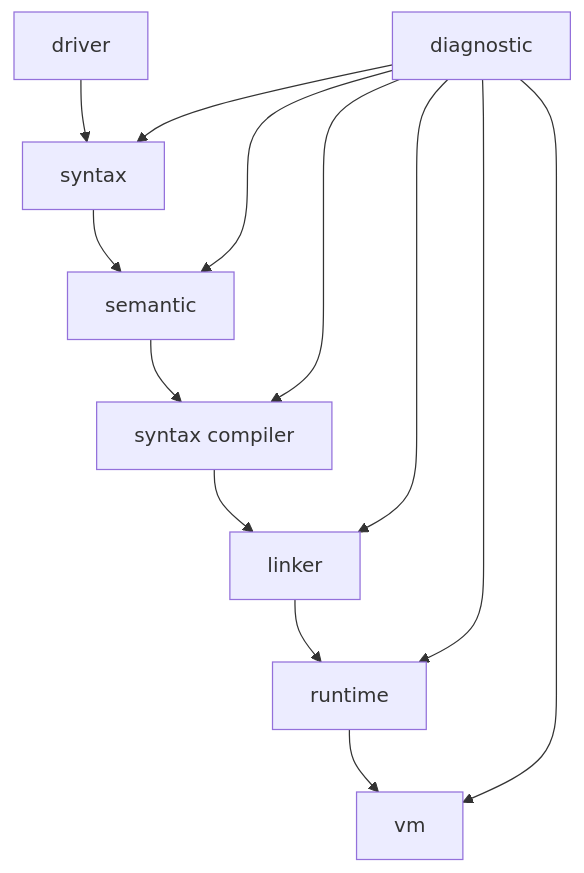
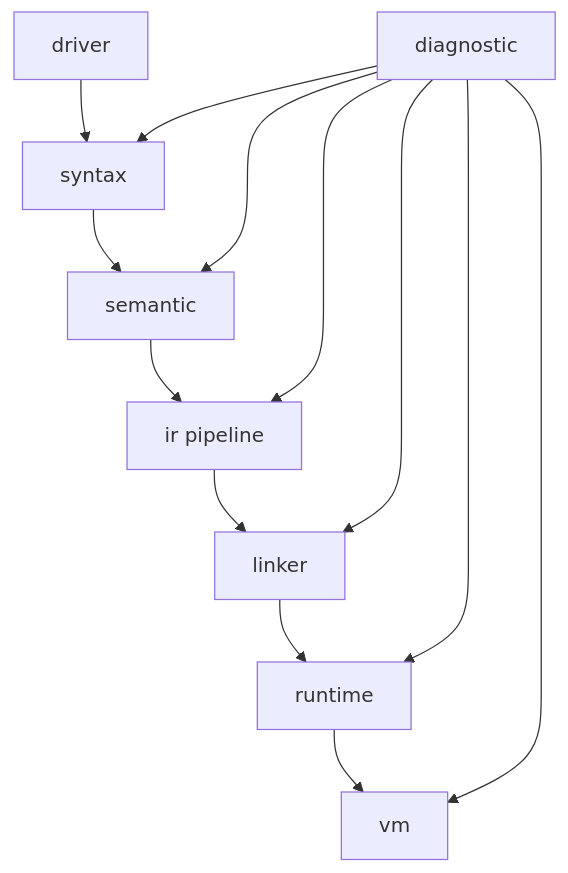
The first of 7 diagrams in include/niki/l0_core/readme.md (nikiplus/niki), drawn with Mermaid before and after one commit. The commit also changed other lines of this file and 46 other files, not shown here.

````diff
--- a/include/niki/l0_core/readme.md
+++ b/include/niki/l0_core/readme.md
@@ -21,16 +21,16 @@
 ```mermaid
 graph TD
     D[driver] --> SX[syntax]
     SX --> SM[semantic]
-    SM --> SC[syntax compiler]
-    SC --> LK[linker]
+    SM --> IR[ir pipeline]
+    IR --> LK[linker]
     LK --> RT[runtime]
     RT --> VM[vm]
 
     DG[diagnostic] --> SX
     DG --> SM
-    DG --> SC
+    DG --> IR
     DG --> LK
     DG --> RT
     DG --> VM
 ```
````
